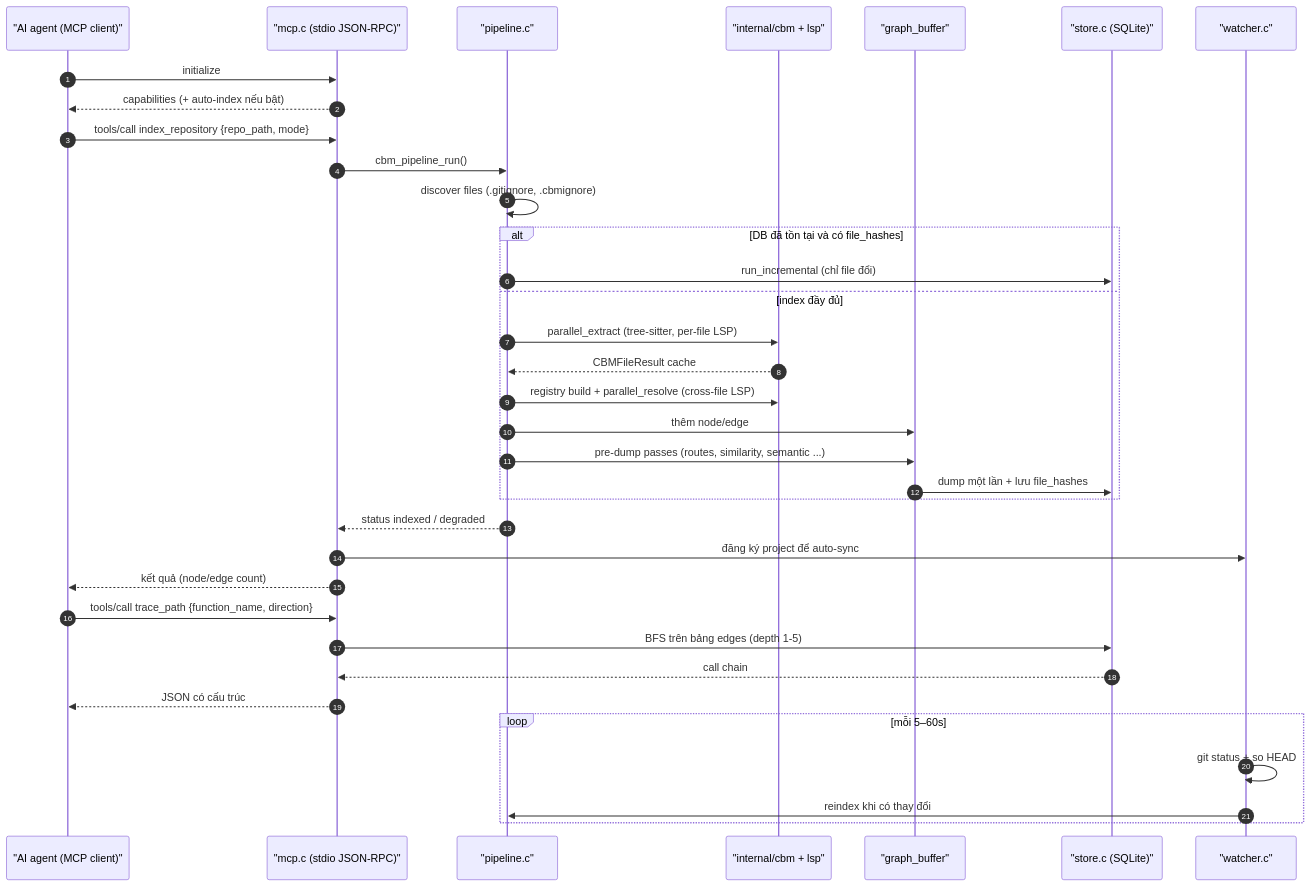
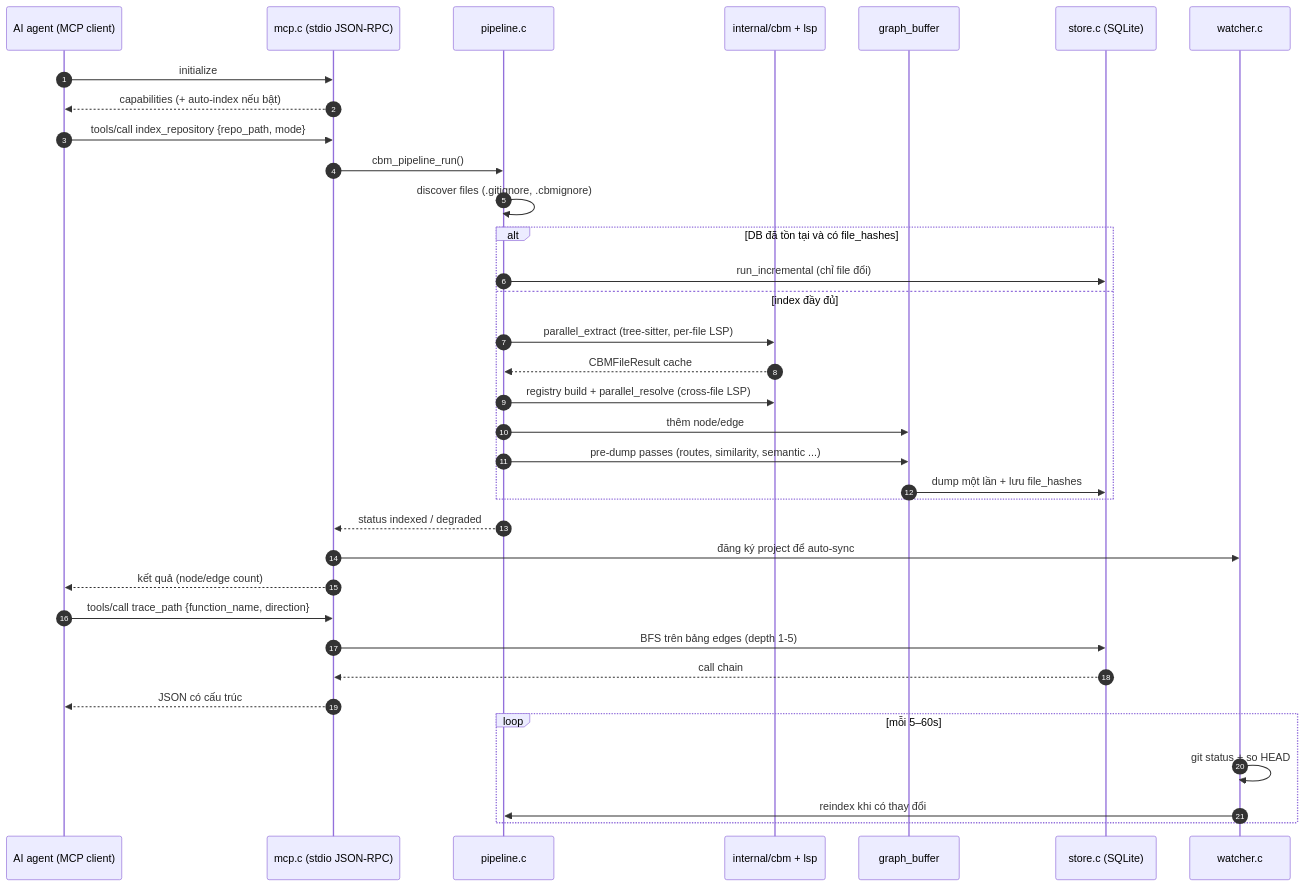
The second of 2 diagrams in docs/solution-design/codebase-memory-mcp.md (mrchinh189/AI-LEARNING), drawn with Mermaid before and after one commit. The commit also changed other lines of this file and 2 other files, not shown here.

Commit message:
docs: finalize solution design for n8n, ComfyUI, codebase-memory-mcp
Claude-Session: https://claude.ai/code/session_01XHHuy59h9DhRXte61zF7DE

````diff
--- a/docs/solution-design/codebase-memory-mcp.md
+++ b/docs/solution-design/codebase-memory-mcp.md
@@ -135,38 +135,38 @@
 ```mermaid
 sequenceDiagram
     autonumber
-    participant Agent as "AI agent (MCP client)"
-    participant MCP as "mcp.c (stdio JSON-RPC)"
-    participant PL as "pipeline.c"
-    participant EX as "internal/cbm + lsp"
-    participant GB as "graph_buffer"
-    participant ST as "store.c (SQLite)"
-    participant W as "watcher.c"
+    participant Agent as AI agent (MCP client)
+    participant MCP as mcp.c (stdio JSON-RPC)
+    participant PL as pipeline.c
+    participant EX as internal/cbm + lsp
+    participant GB as graph_buffer
+    participant ST as store.c (SQLite)
+    participant W as watcher.c
 
     Agent->>MCP: initialize
     MCP-->>Agent: capabilities (+ auto-index nếu bật)
     Agent->>MCP: tools/call index_repository {repo_path, mode}
     MCP->>PL: cbm_pipeline_run()
     PL->>PL: discover files (.gitignore, .cbmignore)
     alt DB đã tồn tại và có file_hashes
         PL->>ST: run_incremental (chỉ file đổi)
     else index đầy đủ
         PL->>EX: parallel_extract (tree-sitter, per-file LSP)
         EX-->>PL: CBMFileResult cache
         PL->>EX: registry build + parallel_resolve (cross-file LSP)
         PL->>GB: thêm node/edge
         PL->>GB: pre-dump passes (routes, similarity, semantic ...)
         GB->>ST: dump một lần + lưu file_hashes
     end
     PL-->>MCP: status indexed / degraded
     MCP->>W: đăng ký project để auto-sync
     MCP-->>Agent: kết quả (node/edge count)
     Agent->>MCP: tools/call trace_path {function_name, direction}
     MCP->>ST: BFS trên bảng edges (depth 1-5)
     ST-->>MCP: call chain
     MCP-->>Agent: JSON có cấu trúc
     loop mỗi 5–60s
         W->>W: git status + so HEAD
         W->>PL: reindex khi có thay đổi
     end
 ```
````
